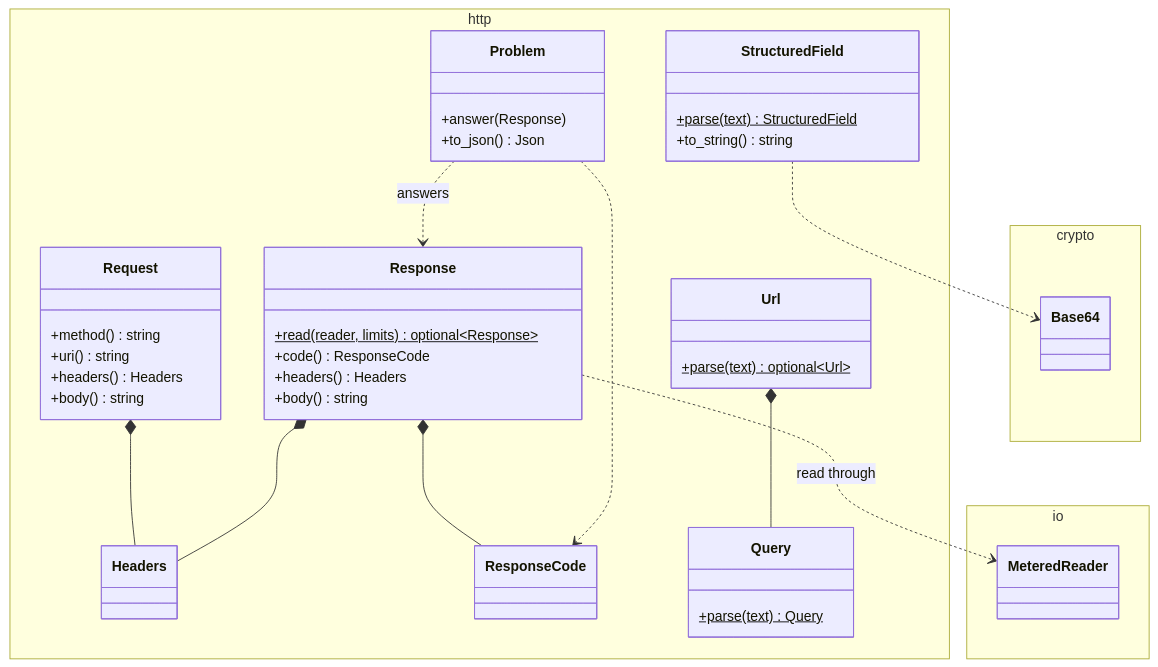
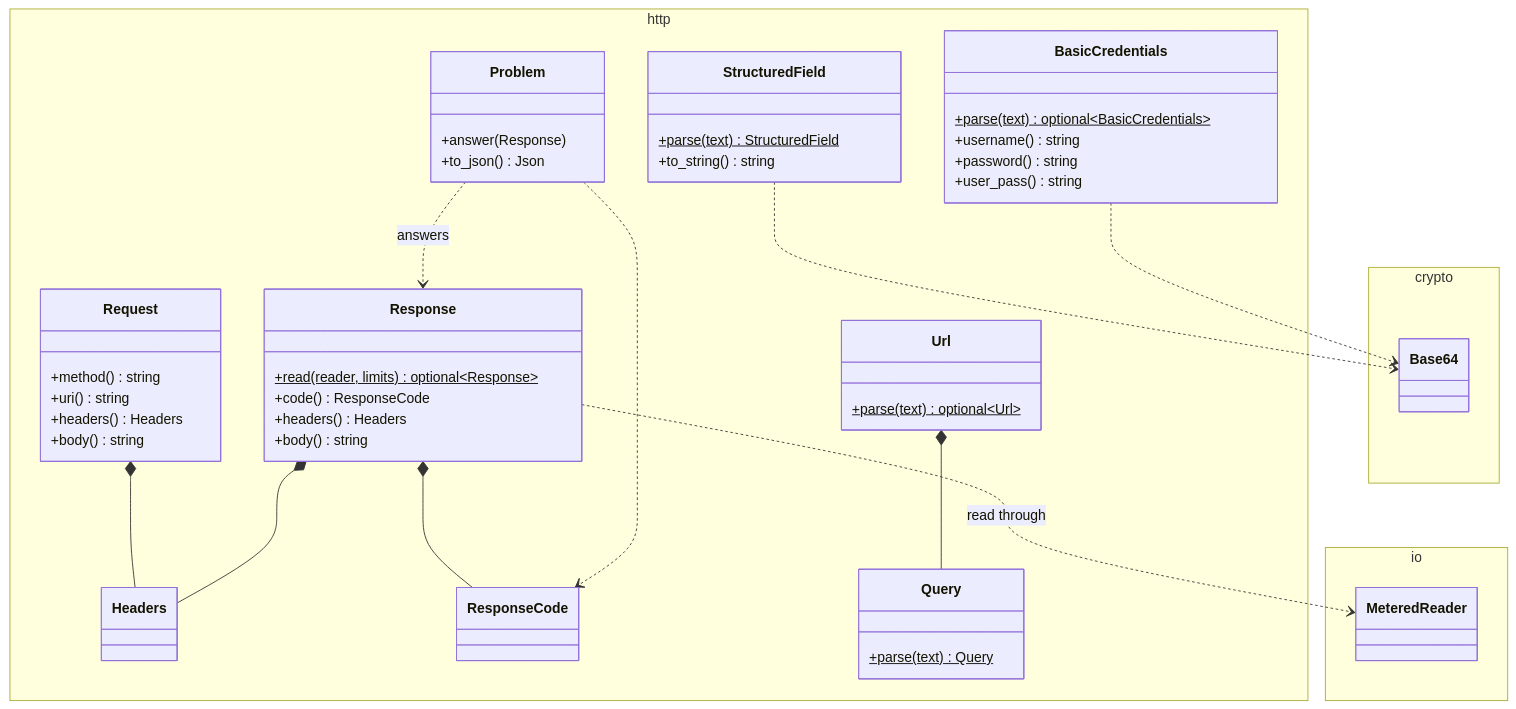
Before and after one commit to marcpage/libranet: diagram 15 of 20 in cpp/docs/Overview.md, drawn with Mermaid. The commit also changed other lines of this file and 1 other file, not shown here.

````diff
--- a/cpp/docs/Overview.md
+++ b/cpp/docs/Overview.md
@@ -1133,49 +1348,56 @@
 ```mermaid
 classDiagram
     direction TB
     namespace http {
         class Request {
             +method() string
             +uri() string
             +headers() Headers
             +body() string
         }
         class Response {
             +read(reader, limits)$ optional~Response~
             +code() ResponseCode
             +headers() Headers
             +body() string
         }
         class Headers
         class ResponseCode
         class Url {
             +parse(text)$ optional~Url~
         }
         class Query {
             +parse(text)$ Query
         }
         class Problem {
             +answer(Response)
             +to_json() Json
         }
         class StructuredField {
             +parse(text)$ StructuredField
             +to_string() string
         }
+        class BasicCredentials {
+            +parse(text)$ optional~BasicCredentials~
+            +username() string
+            +password() string
+            +user_pass() string
+        }
     }
     namespace io {
         class MeteredReader
     }
     namespace crypto {
         class Base64
     }
 
     Request *-- Headers
     Response *-- Headers
     Response *-- ResponseCode
     Response ..> MeteredReader : read through
     Url *-- Query
     Problem ..> Response : answers
     Problem ..> ResponseCode
     StructuredField ..> Base64
+    BasicCredentials ..> Base64
 ```
````
